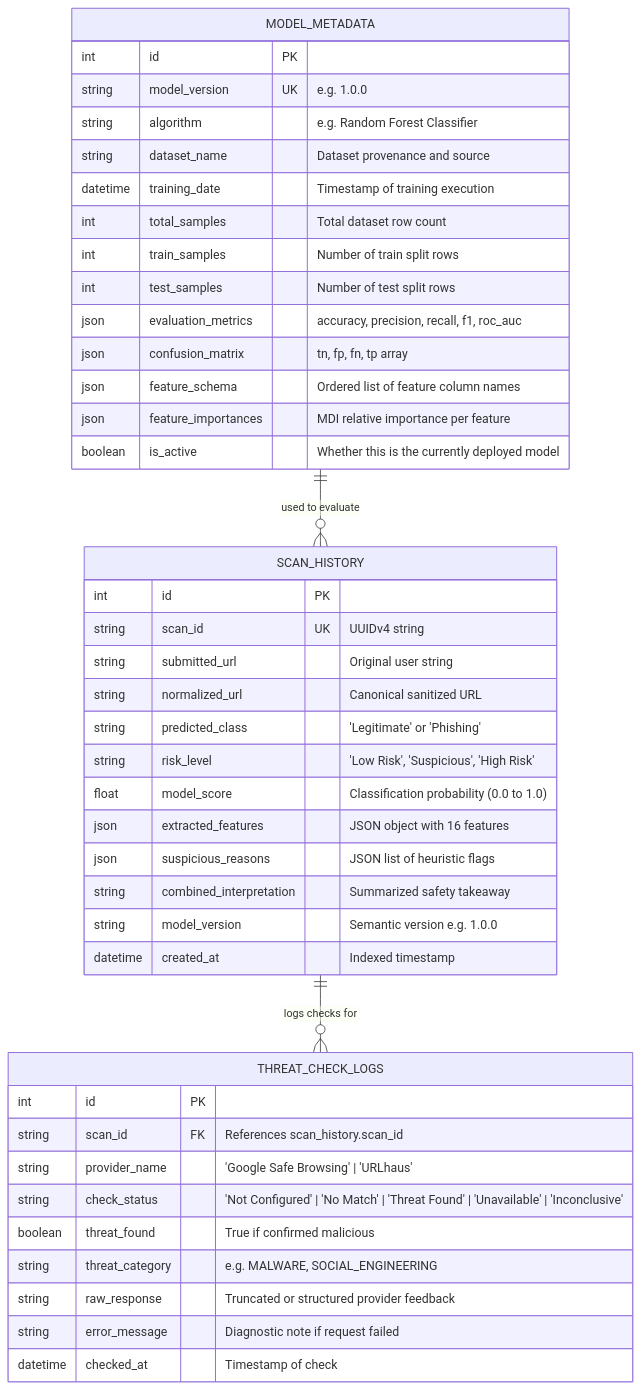
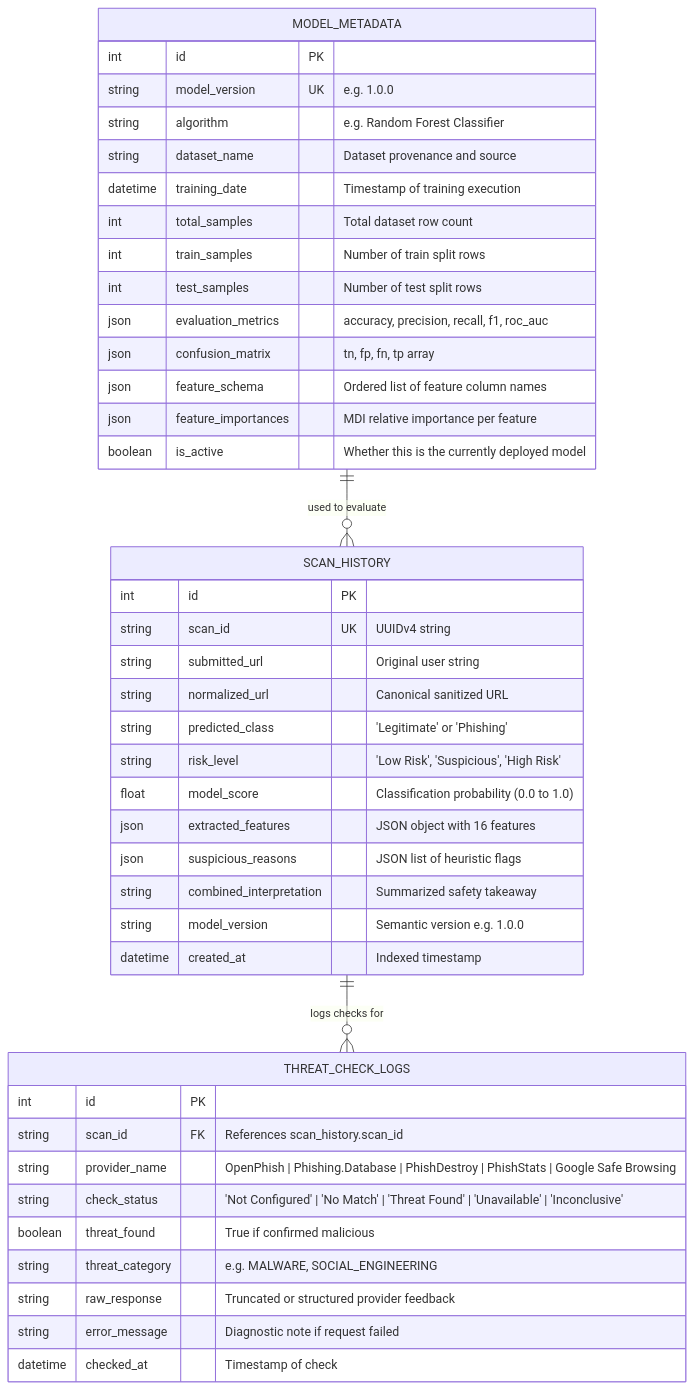
The diagram in docs/DATABASE_DESIGN.md (varunshetty1893/PhishGuard.Ai), drawn with Mermaid before and after one commit. The commit also changed other lines of this file and 29 other files, not shown here.

````diff
--- a/docs/DATABASE_DESIGN.md
+++ b/docs/DATABASE_DESIGN.md
@@ -12,48 +12,48 @@
 ```mermaid
 erDiagram
     SCAN_HISTORY ||--o{ THREAT_CHECK_LOGS : "logs checks for"
     MODEL_METADATA ||--o{ SCAN_HISTORY : "used to evaluate"
 
     SCAN_HISTORY {
         int id PK
         string scan_id UK "UUIDv4 string"
         string submitted_url "Original user string"
         string normalized_url "Canonical sanitized URL"
         string predicted_class "'Legitimate' or 'Phishing'"
         string risk_level "'Low Risk', 'Suspicious', 'High Risk'"
         float model_score "Classification probability (0.0 to 1.0)"
         json extracted_features "JSON object with 16 features"
         json suspicious_reasons "JSON list of heuristic flags"
         string combined_interpretation "Summarized safety takeaway"
         string model_version "Semantic version e.g. 1.0.0"
         datetime created_at "Indexed timestamp"
     }
 
     THREAT_CHECK_LOGS {
         int id PK
         string scan_id FK "References scan_history.scan_id"
-        string provider_name "'Google Safe Browsing' | 'URLhaus'"
+        string provider_name "OpenPhish | Phishing.Database | PhishDestroy | PhishStats | Google Safe Browsing"
         string check_status "'Not Configured' | 'No Match' | 'Threat Found' | 'Unavailable' | 'Inconclusive'"
         boolean threat_found "True if confirmed malicious"
         string threat_category "e.g. MALWARE, SOCIAL_ENGINEERING"
         string raw_response "Truncated or structured provider feedback"
         string error_message "Diagnostic note if request failed"
         datetime checked_at "Timestamp of check"
     }
 
     MODEL_METADATA {
         int id PK
         string model_version UK "e.g. 1.0.0"
         string algorithm "e.g. Random Forest Classifier"
         string dataset_name "Dataset provenance and source"
         datetime training_date "Timestamp of training execution"
         int total_samples "Total dataset row count"
         int train_samples "Number of train split rows"
         int test_samples "Number of test split rows"
         json evaluation_metrics "accuracy, precision, recall, f1, roc_auc"
         json confusion_matrix "tn, fp, fn, tp array"
         json feature_schema "Ordered list of feature column names"
         json feature_importances "MDI relative importance per feature"
         boolean is_active "Whether this is the currently deployed model"
     }
 ```
````
